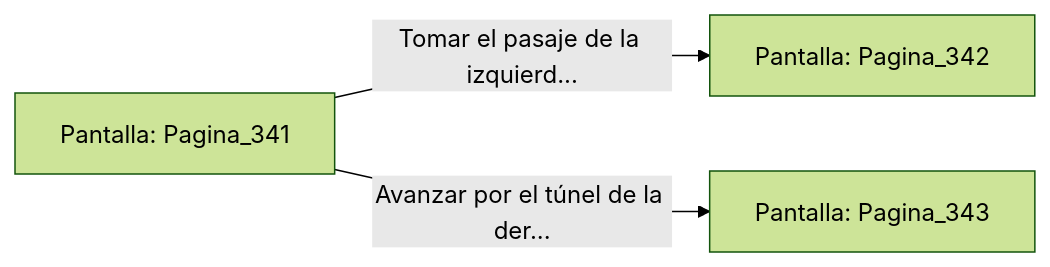
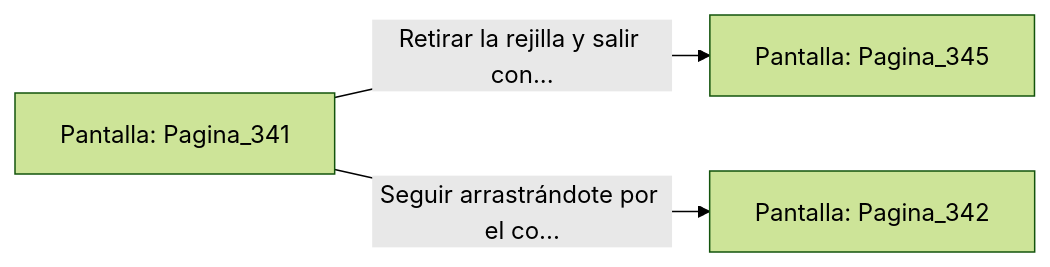
Before and after one commit to metsuke/mpl: the diagram in sample/eligejuego-vault/Pantalla_Pagina_341.md, drawn with Mermaid (forest theme). The commit also changed other lines of this file and 635 other files, not shown here.

First line of the commit message:
fix: añadir Pagina_1 como pantalla inicial en capitulo_01.mpl

````diff
--- a/sample/eligejuego-vault/Pantalla_Pagina_341.md
+++ b/sample/eligejuego-vault/Pantalla_Pagina_341.md
@@ -20,6 +24,6 @@
 ```mermaid
 graph LR
     P_Pagina_341["Pantalla: Pagina_341"]
-    P_Pagina_341 -->|"Tomar el pasaje de la izquierd..."| P_Pagina_342["Pantalla: Pagina_342"]
-    P_Pagina_341 -->|"Avanzar por el túnel de la der..."| P_Pagina_343["Pantalla: Pagina_343"]
+    P_Pagina_341 -->|"Retirar la rejilla y salir con..."| P_Pagina_345["Pantalla: Pagina_345"]
+    P_Pagina_341 -->|"Seguir arrastrándote por el co..."| P_Pagina_342["Pantalla: Pagina_342"]
 ```
````
